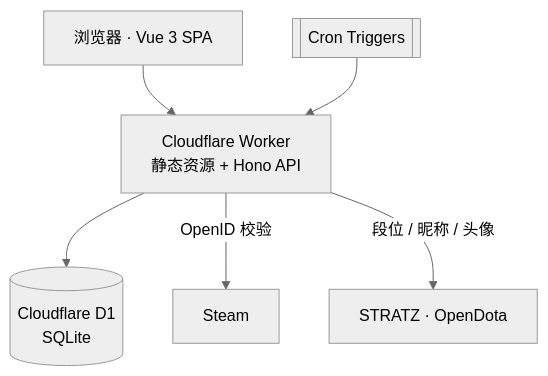
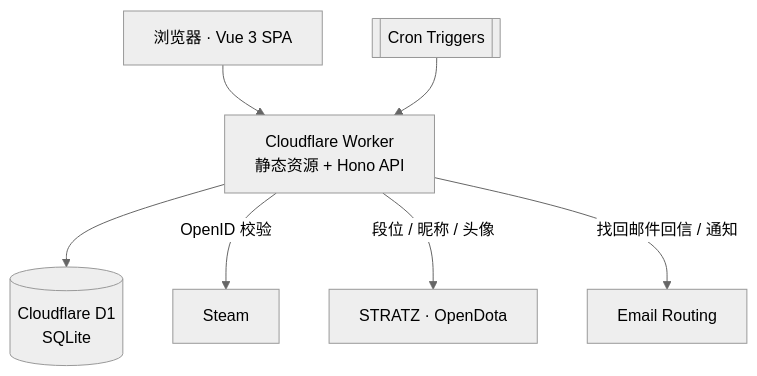
One commit to LiBaiQiYu/hive changed the diagram in README.md. Above: the diagram before and after it, drawn with Mermaid (neutral theme). The commit also changed other lines of this file and 1 other file, not shown here.

````diff
--- a/README.md
+++ b/README.md
@@ -78,8 +88,9 @@
 ```mermaid
 flowchart TB
   B[浏览器 · Vue 3 SPA] --> W[Cloudflare Worker<br/>静态资源 + Hono API]
   W --> D[(Cloudflare D1<br/>SQLite)]
   W -->|OpenID 校验| S1[Steam]
   W -->|段位 / 昵称 / 头像| S2[STRATZ · OpenDota]
+  W -->|找回邮件回信 / 通知| M[Email Routing]
   C[[Cron Triggers]] --> W
 ```
````
